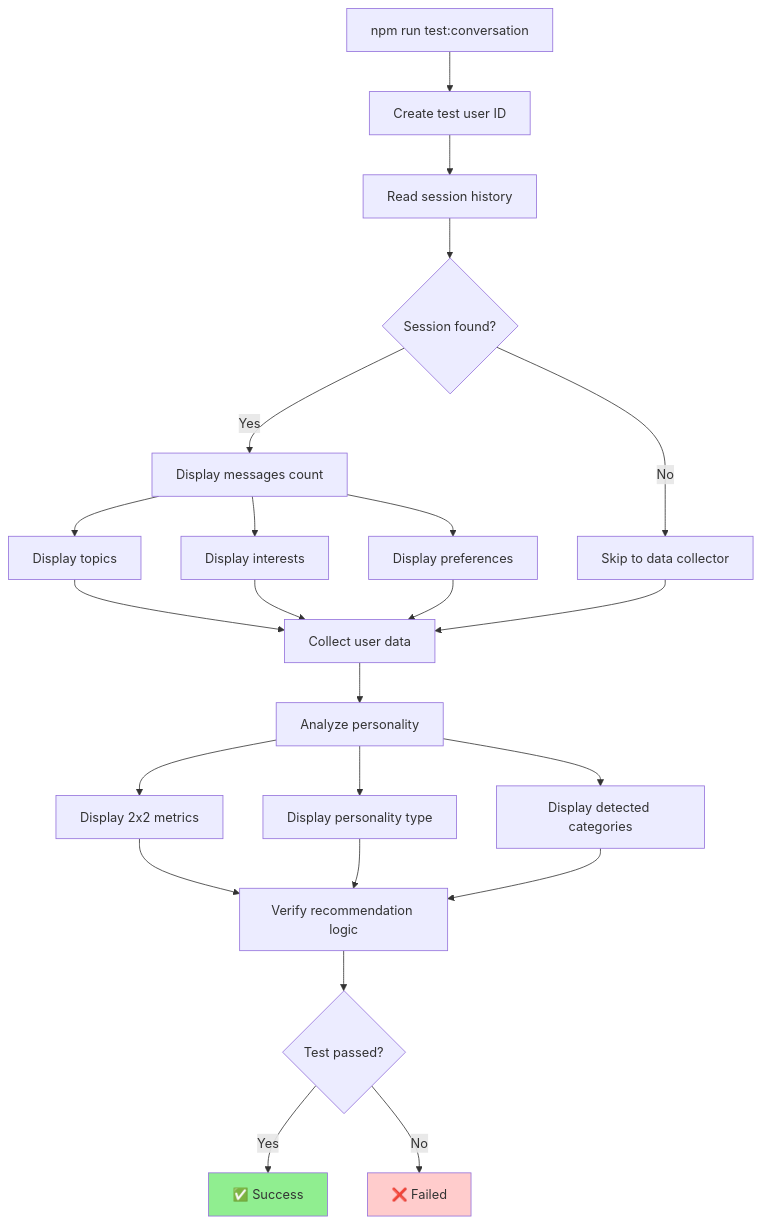
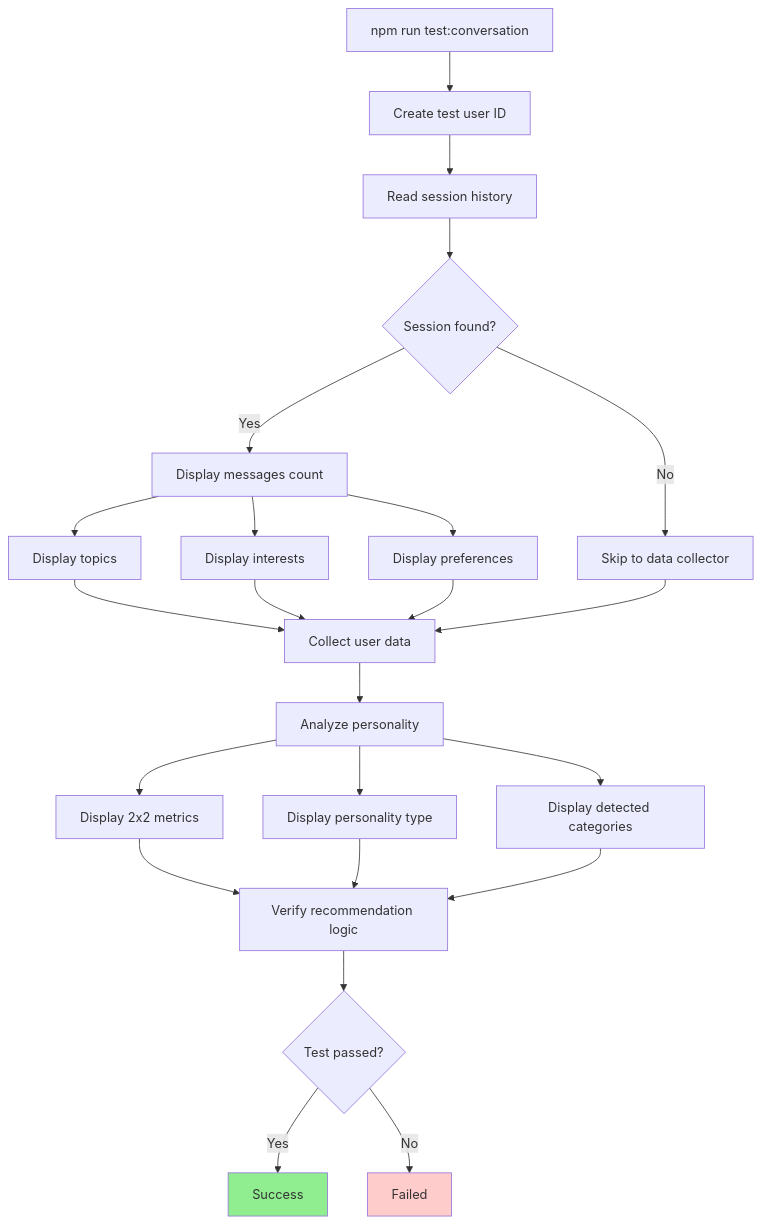
Before and after one commit to Dawgomatic/Xagent: the tenth of 10 diagrams in skills/skills/unicornbloom/bloom-taste-finder/docs/ARCHITECTURE-DIAGRAM.md, drawn with Mermaid. The commit also changed other lines of this file and 18009 other files, not shown here.

````diff
--- a/skills/skills/unicornbloom/bloom-taste-finder/docs/ARCHITECTURE-DIAGRAM.md
+++ b/skills/skills/unicornbloom/bloom-taste-finder/docs/ARCHITECTURE-DIAGRAM.md
@@ -303,34 +303,34 @@
 ```mermaid
 graph TD
     A[npm run test:conversation] --> B[Create test user ID]
     B --> C[Read session history]
 
     C --> D{Session found?}
     D -->|Yes| E[Display messages count]
     D -->|No| F[Skip to data collector]
 
     E --> G[Display topics]
     E --> H[Display interests]
     E --> I[Display preferences]
 
     G --> J[Collect user data]
     H --> J
     I --> J
     F --> J
 
     J --> K[Analyze personality]
     K --> L[Display 2x2 metrics]
     K --> M[Display personality type]
     K --> N[Display detected categories]
 
     L --> O[Verify recommendation logic]
     M --> O
     N --> O
 
     O --> P{Test passed?}
-    P -->|Yes| Q[✅ Success]
-    P -->|No| R[❌ Failed]
+    P -->|Yes| Q[ Success]
+    P -->|No| R[ Failed]
 
     style Q fill:#90ee90
     style R fill:#ffcccc
 ```
````
